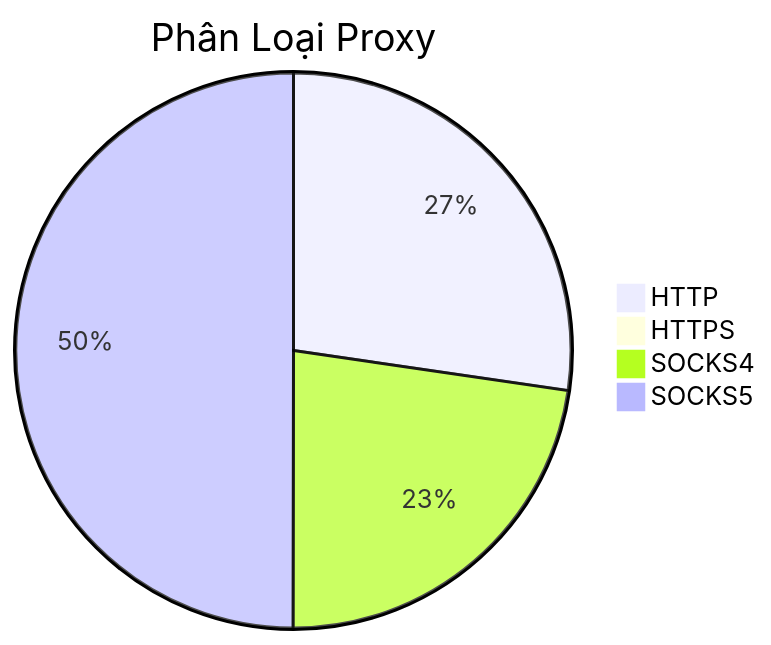
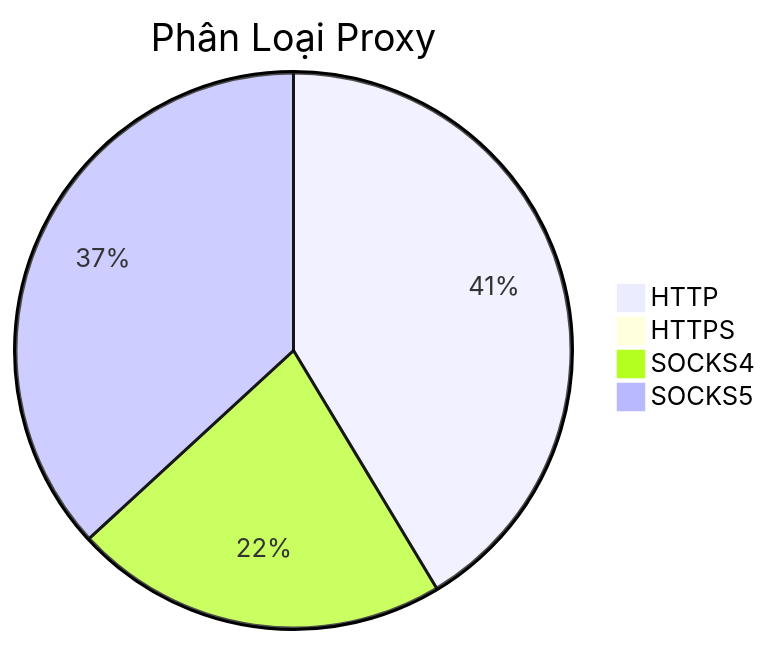
One commit to Ciara-12/PROXY-free changed the diagram in README.md. Above: the diagram before and after it, drawn with Mermaid. The commit also changed other lines of this file and 4 other files, not shown here.

````diff
--- a/README.md
+++ b/README.md
@@ -26,7 +26,7 @@
 ```mermaid
 pie title Phân Loại Proxy
-    "HTTP" : 541
-    "HTTPS" : 1
-    "SOCKS4" : 450
-    "SOCKS5" : 990
+    "HTTP" : 775
+    "HTTPS" : 3
+    "SOCKS4" : 408
+    "SOCKS5" : 690
 ```
````
